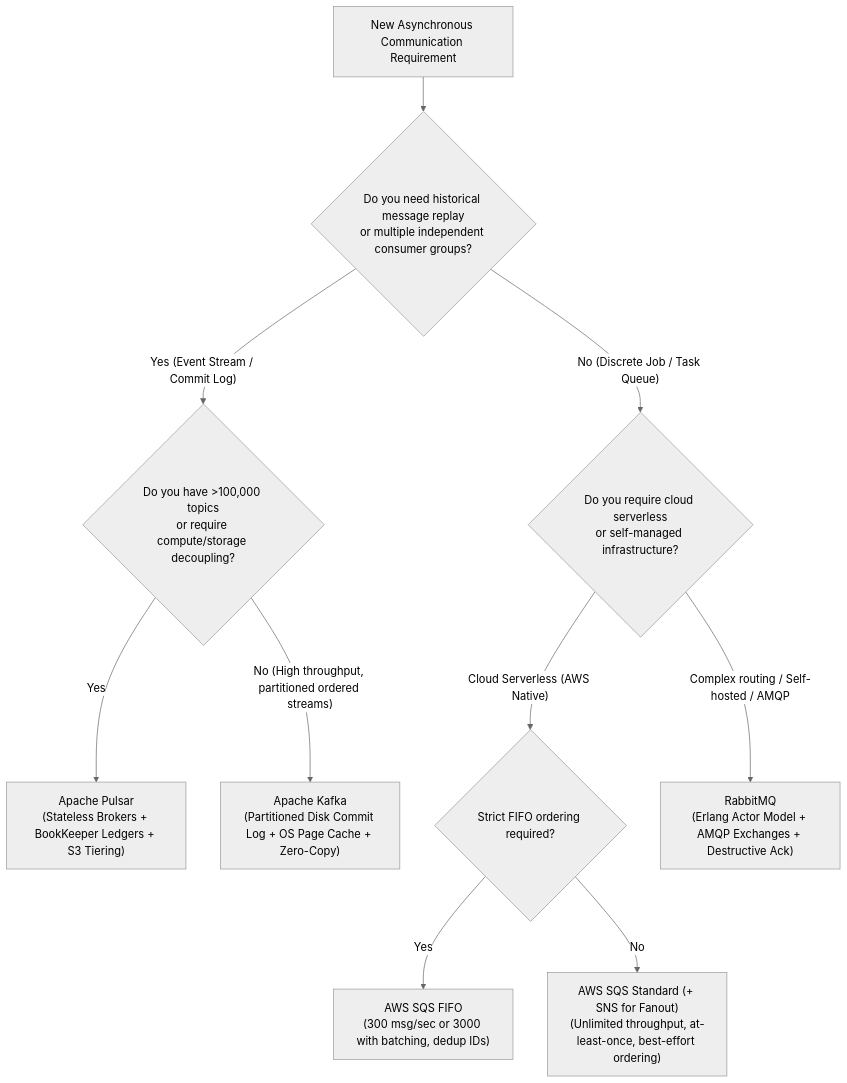
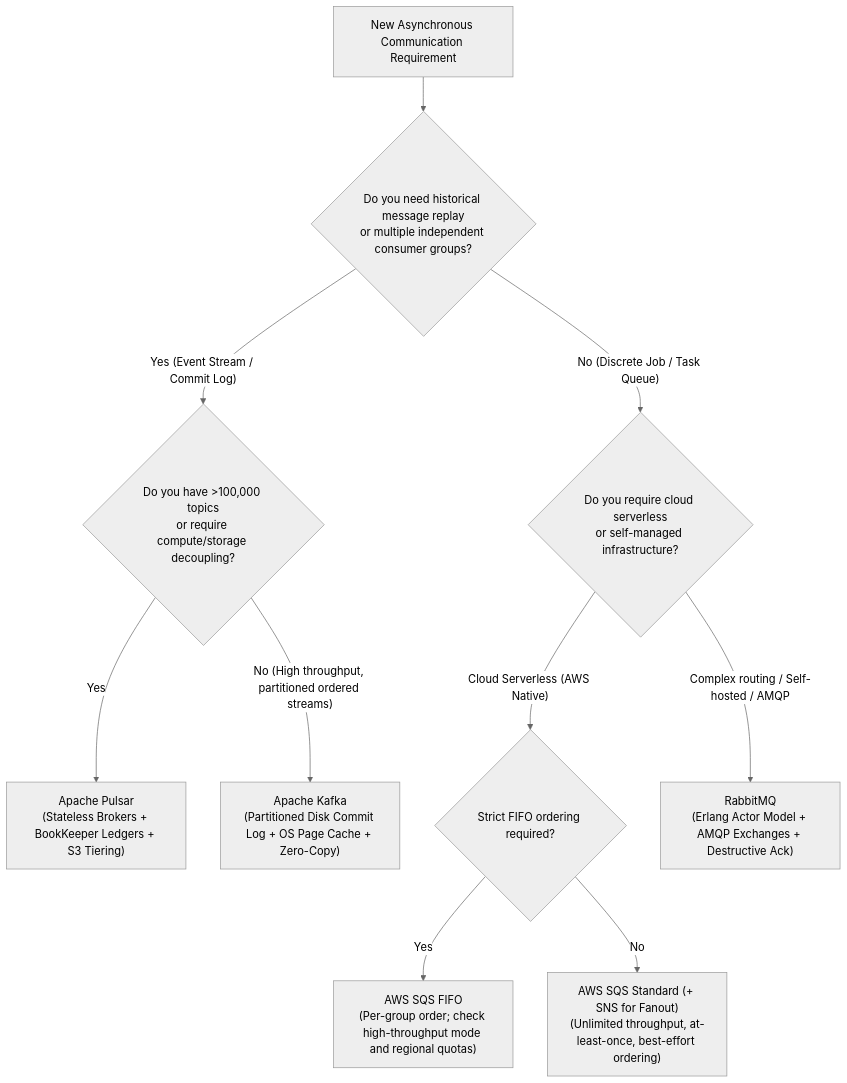
One commit to abhinnaagrawal/system-design-notes changed the first of 2 diagrams in Layer-Playbooks/03-Messaging-and-Streaming.md. Above: the diagram before and after it, drawn with Mermaid (neutral theme). The commit also changed other lines of this file and 83 other files, not shown here.

````diff
--- a/Layer-Playbooks/03-Messaging-and-Streaming.md
+++ b/Layer-Playbooks/03-Messaging-and-Streaming.md
@@ -23,17 +34,17 @@
 ```mermaid
 flowchart TD
     Start["New Asynchronous Communication Requirement"] --> Q_Replay{"Do you need historical message replay\nor multiple independent consumer groups?"}
     
     %% Event Log Path
     Q_Replay -- Yes (Event Stream / Commit Log) --> Q_Scale{"Do you have >100,000 topics\nor require compute/storage decoupling?"}
     Q_Scale -- Yes --> Choice_Pulsar["Apache Pulsar\n(Stateless Brokers + BookKeeper Ledgers + S3 Tiering)"]
     Q_Scale -- No (High throughput, partitioned ordered streams) --> Choice_Kafka["Apache Kafka\n(Partitioned Disk Commit Log + OS Page Cache + Zero-Copy)"]
     
     %% Queue Path
     Q_Replay -- No (Discrete Job / Task Queue) --> Q_Managed{"Do you require cloud serverless\nor self-managed infrastructure?"}
     Q_Managed -- "Cloud Serverless (AWS Native)" --> Q_Order{"Strict FIFO ordering required?"}
-    Q_Order -- Yes --> Choice_SQSFIFO["AWS SQS FIFO\n(300 msg/sec or 3000 with batching, dedup IDs)"]
+    Q_Order -- Yes --> Choice_SQSFIFO["AWS SQS FIFO\n(Per-group order; check high-throughput mode and regional quotas)"]
     Q_Order -- No --> Choice_SQS["AWS SQS Standard (+ SNS for Fanout)\n(Unlimited throughput, at-least-once, best-effort ordering)"]
     
     Q_Managed -- "Complex routing / Self-hosted / AMQP" --> Choice_Rabbit["RabbitMQ\n(Erlang Actor Model + AMQP Exchanges + Destructive Ack)"]
 ```
````
